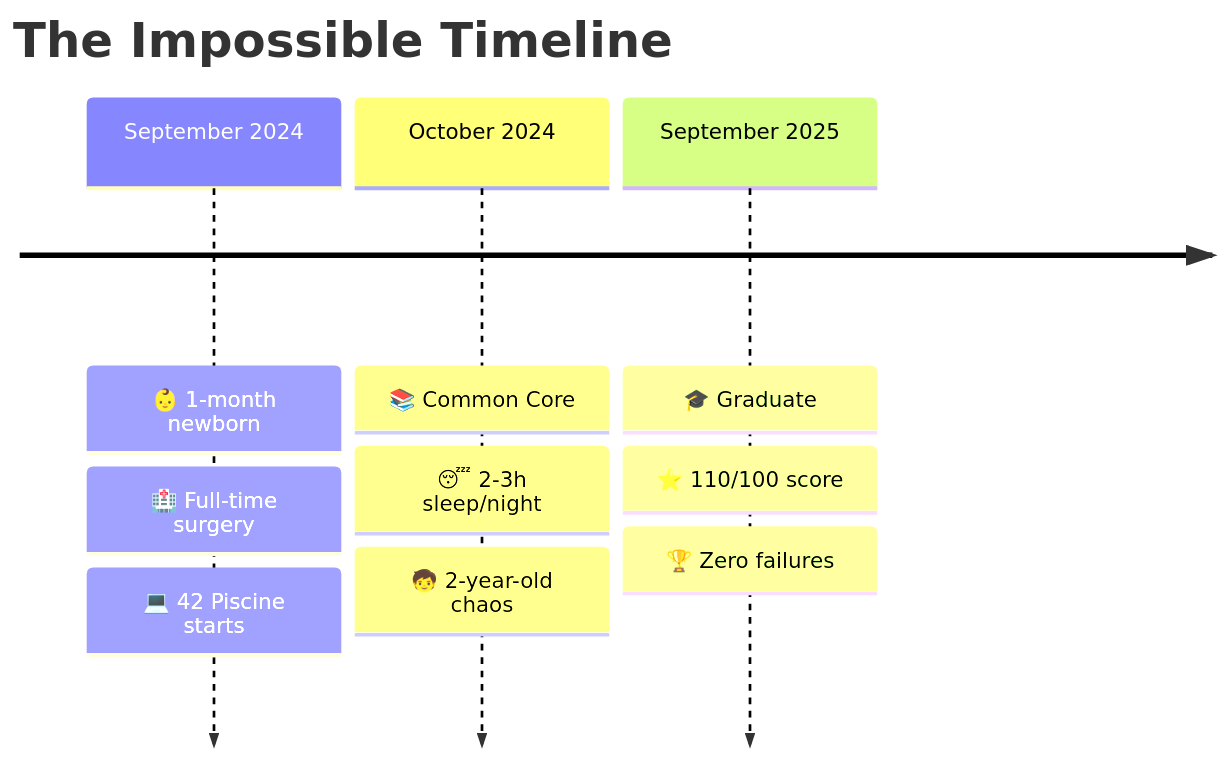
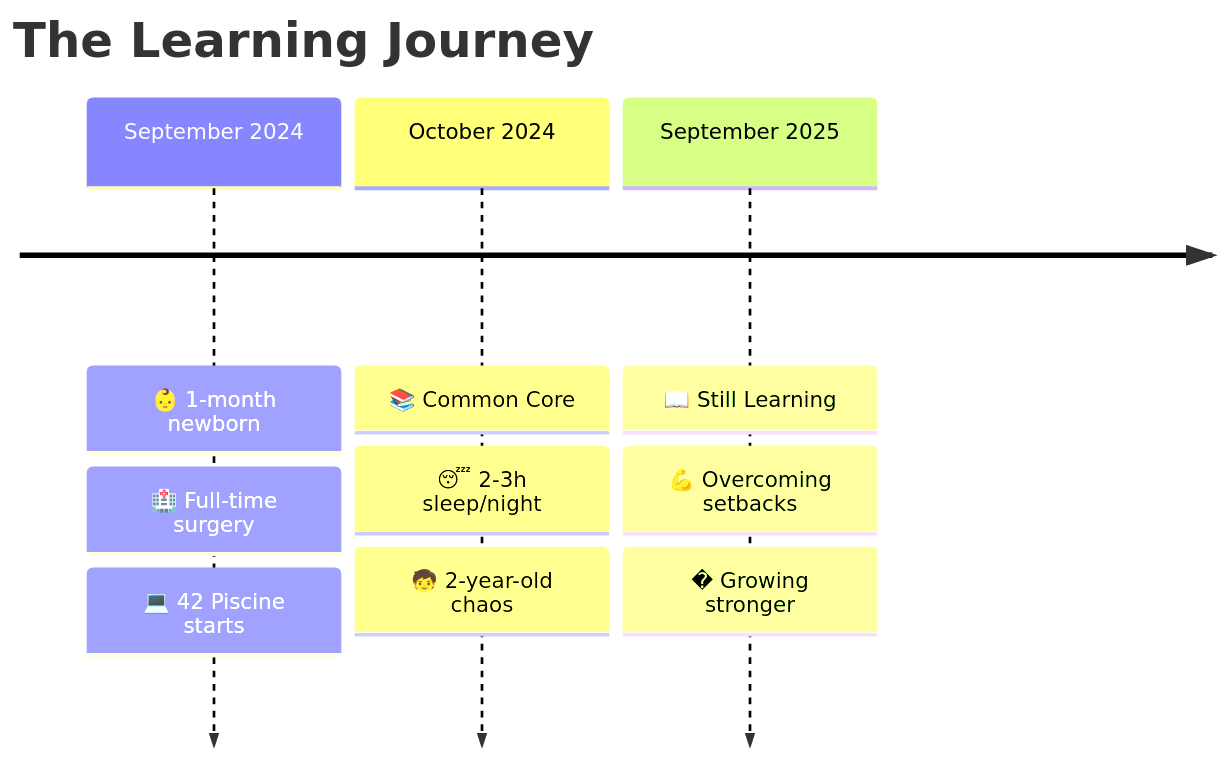
One commit to melaniereis/melaniereis changed the first of 2 diagrams in README.md. Above: the diagram before and after it, drawn with Mermaid. The commit also changed other lines of this file, not shown here.

````diff
--- a/README.md
+++ b/README.md
@@ -29,7 +29,7 @@
 ```mermaid
 timeline
-    title The Impossible Timeline
+    title The Learning Journey
     September 2024 : 👶 1-month newborn : 🏥 Full-time surgery : 💻 42 Piscine starts
     October 2024   : 📚 Common Core : 😴 2-3h sleep/night : 🧒 2-year-old chaos
-    September 2025 : 🎓 Graduate : ⭐ 110/100 score : 🏆 Zero failures
+    September 2025 : 📖 Still Learning : 💪 Overcoming setbacks : � Growing stronger
 ```
````
